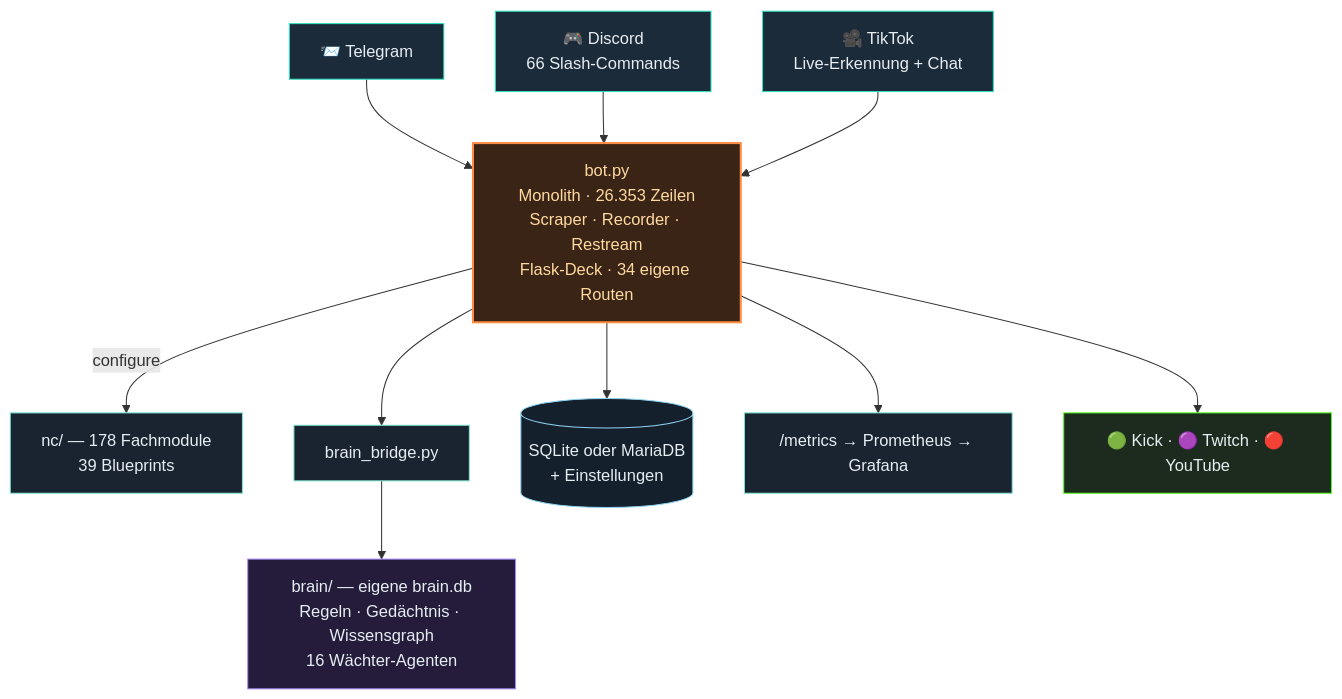
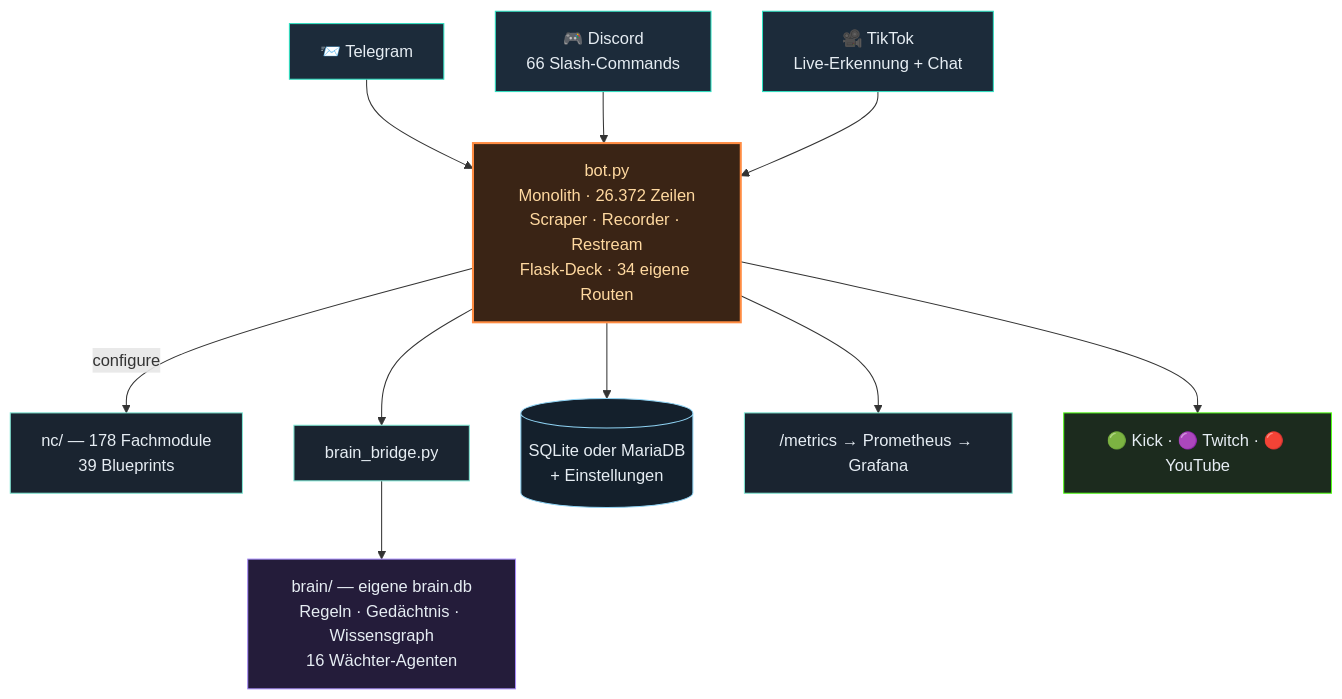
One commit to itsamemedev/Telegram-Stream-Info-Bot changed the second of 3 diagrams in README.md. Above: the diagram before and after it, drawn with Mermaid. The commit also changed other lines of this file and 16 other files, not shown here.

````diff
--- a/README.md
+++ b/README.md
@@ -118,19 +118,19 @@
 ```mermaid
 flowchart TB
     TG["📨 Telegram"]:::ein --> BOT
     DC["🎮 Discord<br/>66 Slash-Commands"]:::ein --> BOT
     TT["🎥 TikTok<br/>Live-Erkennung + Chat"]:::ein --> BOT
-    BOT["bot.py<br/>Monolith · 26.353 Zeilen<br/>Scraper · Recorder · Restream<br/>Flask-Deck · 34 eigene Routen"]:::core
+    BOT["bot.py<br/>Monolith · 26.372 Zeilen<br/>Scraper · Recorder · Restream<br/>Flask-Deck · 34 eigene Routen"]:::core
     BOT -->|configure| NC["nc/ — 178 Fachmodule<br/>39 Blueprints"]:::lib
     BOT --> BR["brain_bridge.py"]:::lib
     BR --> BRAIN["brain/ — eigene brain.db<br/>Regeln · Gedächtnis · Wissensgraph<br/>16 Wächter-Agenten"]:::brain
     BOT --> DB[("SQLite oder MariaDB<br/>+ Einstellungen")]:::db
     BOT --> PROM["/metrics → Prometheus → Grafana"]:::lib
     BOT --> OUT["🟢 Kick · 🟣 Twitch · 🔴 YouTube"]:::out
     classDef ein fill:#1c2b3a,stroke:#2de1c2,color:#e6edf3
     classDef core fill:#3a2415,stroke:#ff8c42,stroke-width:2px,color:#ffd9a0
     classDef lib fill:#1a2430,stroke:#7fe7d4,color:#e6edf3
     classDef brain fill:#241c3a,stroke:#a78bfa,color:#e6edf3
     classDef db fill:#14202c,stroke:#8fd3f4,color:#e6edf3
     classDef out fill:#1c2b1e,stroke:#53fc18,color:#e6edf3
 ```
````
